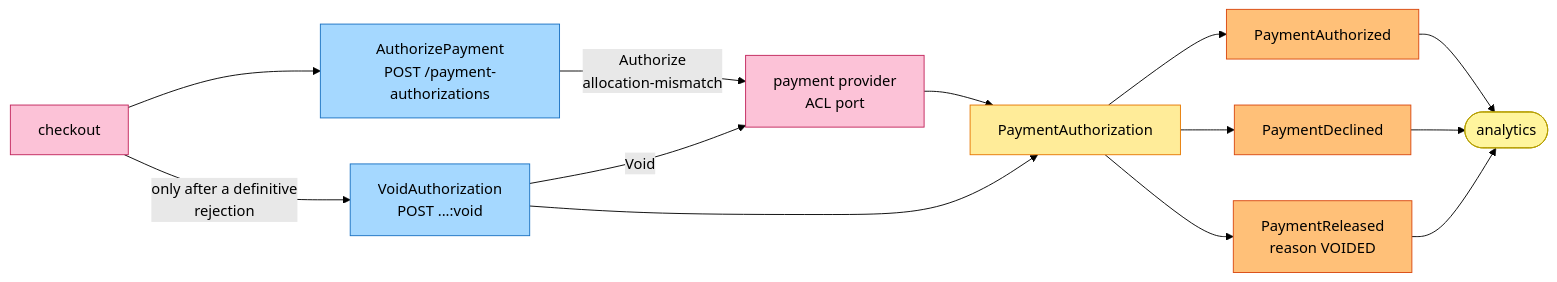
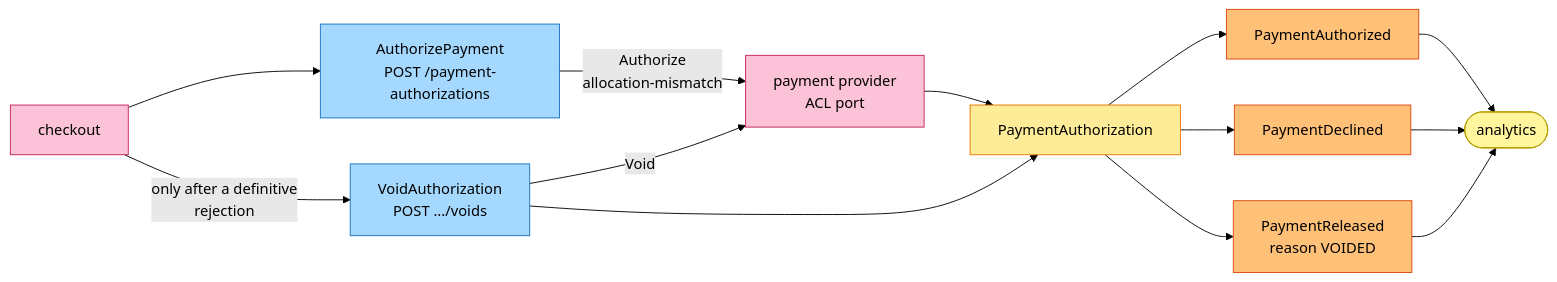
One commit to IQVO/customer-payments changed the first of 5 diagrams in docs/docs/ddd/eventstorming.md. Above: the diagram before and after it, drawn with Mermaid (forest theme). The commit also changed other lines of this file and 36 other files, not shown here.

````diff
--- a/docs/docs/ddd/eventstorming.md
+++ b/docs/docs/ddd/eventstorming.md
@@ -29,29 +29,29 @@
 ```mermaid
 flowchart LR
     CK["checkout"]:::external
     C0["AuthorizePayment<br/>POST /payment-authorizations"]:::command
-    C1["VoidAuthorization<br/>POST ...:void"]:::command
+    C1["VoidAuthorization<br/>POST .../voids"]:::command
     PSP["payment provider<br/>ACL port"]:::external
     G1["PaymentAuthorization"]:::aggregate
     E1["PaymentAuthorized"]:::event
     E2["PaymentDeclined"]:::event
     E3["PaymentReleased<br/>reason VOIDED"]:::event
     AN([analytics]):::actor
     CK --> C0
     CK -->|only after a definitive<br/>rejection| C1
     C0 -->|Authorize<br/>allocation-mismatch| PSP
     PSP --> G1
     C1 -->|Void| PSP
     C1 --> G1
     G1 --> E1
     G1 --> E2
     G1 --> E3
     E1 --> AN
     E2 --> AN
     E3 --> AN
     classDef actor fill:#fff59d,stroke:#b59f00,color:#000
     classDef command fill:#a5d8ff,stroke:#1971c2,color:#000
     classDef aggregate fill:#ffec99,stroke:#e67700,color:#000
     classDef event fill:#ffc078,stroke:#d9480f,color:#000
     classDef external fill:#fcc2d7,stroke:#c2255c,color:#000
 ```
````
